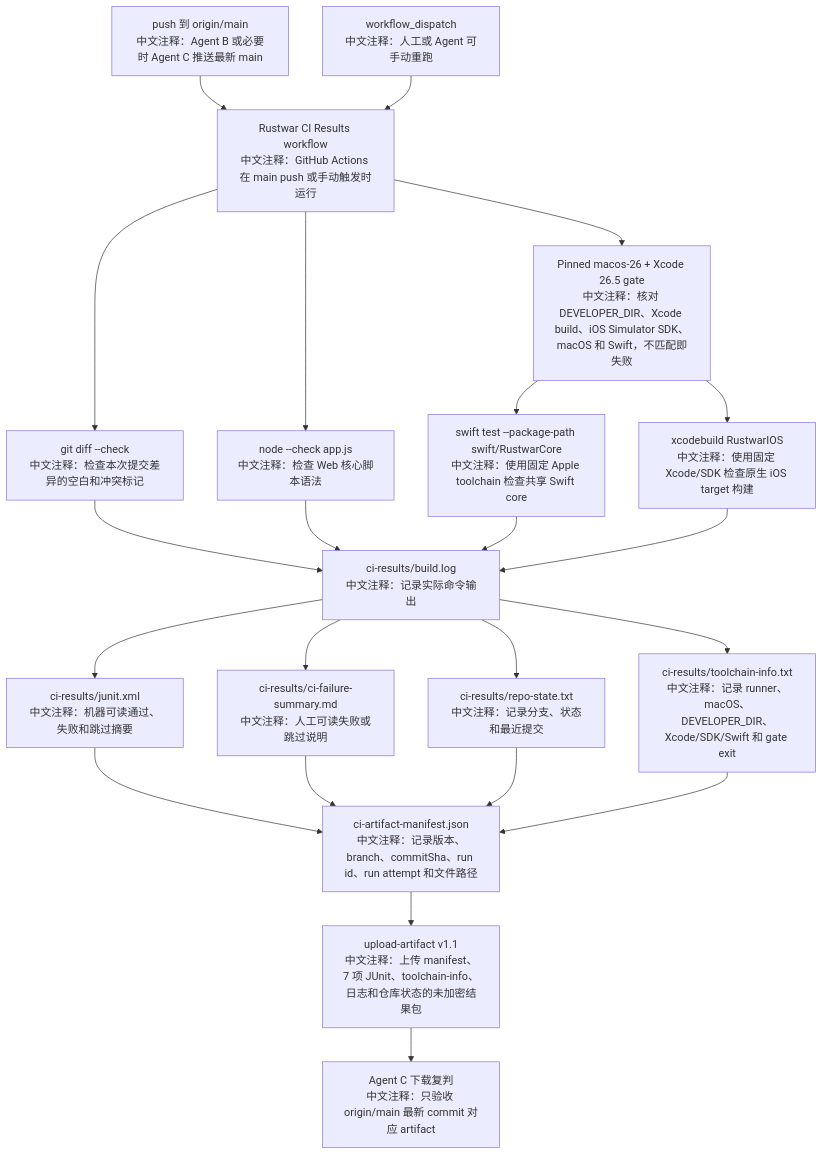
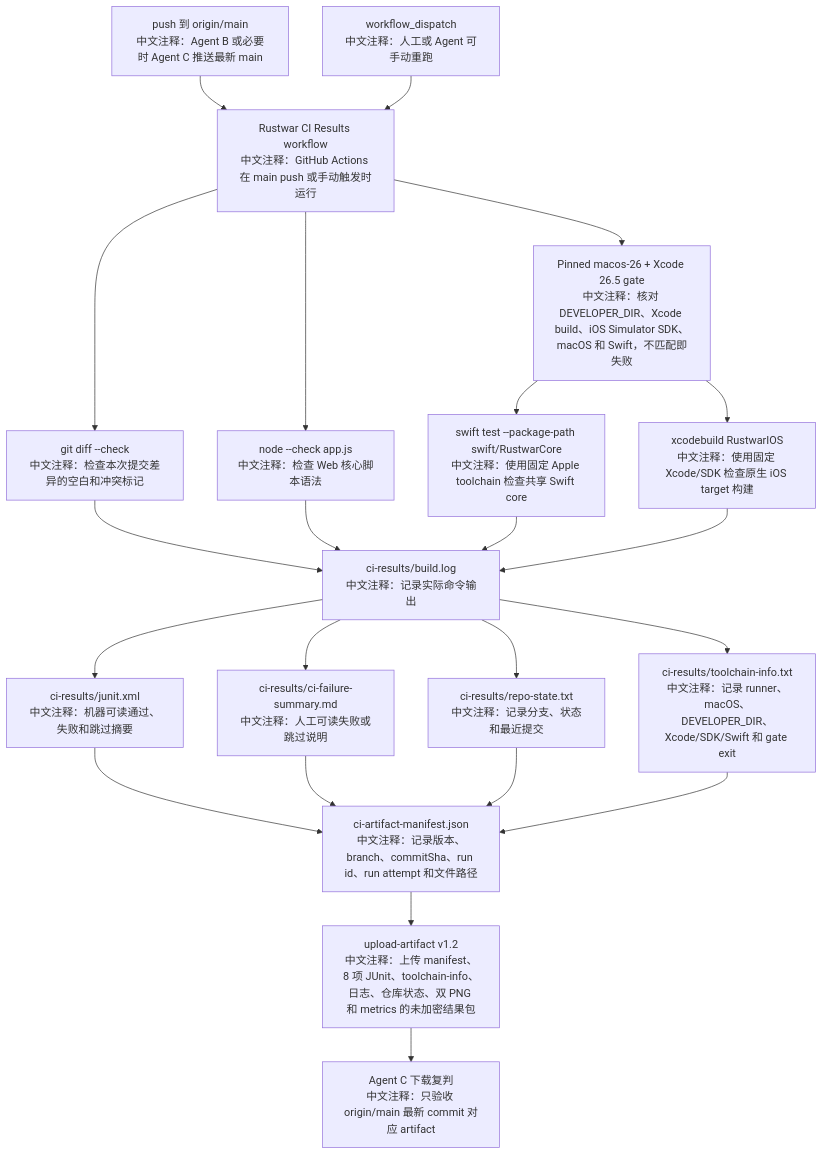
Before and after one commit to Altman-sam114/120: the fifth of 19 diagrams in md/flow/flowchart.md, drawn with Mermaid. The commit also changed other lines of this file and 9 other files, not shown here.

````diff
--- a/md/flow/flowchart.md
+++ b/md/flow/flowchart.md
@@ -202,24 +202,24 @@
 ```mermaid
 flowchart TD
   P["push 到 origin/main<br/>中文注释：Agent B 或必要时 Agent C 推送最新 main"] --> W["Rustwar CI Results workflow<br/>中文注释：GitHub Actions 在 main push 或手动触发时运行"]
   M["workflow_dispatch<br/>中文注释：人工或 Agent 可手动重跑"] --> W
   W --> TC["Pinned macos-26 + Xcode 26.5 gate<br/>中文注释：核对 DEVELOPER_DIR、Xcode build、iOS Simulator SDK、macOS 和 Swift，不匹配即失败"]
   W --> D["git diff --check<br/>中文注释：检查本次提交差异的空白和冲突标记"]
   W --> N["node --check app.js<br/>中文注释：检查 Web 核心脚本语法"]
   TC --> SW["swift test --package-path swift/RustwarCore<br/>中文注释：使用固定 Apple toolchain 检查共享 Swift core"]
   TC --> XB["xcodebuild RustwarIOS<br/>中文注释：使用固定 Xcode/SDK 检查原生 iOS target 构建"]
   D --> L["ci-results/build.log<br/>中文注释：记录实际命令输出"]
   N --> L
   SW --> L
   XB --> L
   L --> J["ci-results/junit.xml<br/>中文注释：机器可读通过、失败和跳过摘要"]
   L --> F["ci-results/ci-failure-summary.md<br/>中文注释：人工可读失败或跳过说明"]
   L --> S["ci-results/repo-state.txt<br/>中文注释：记录分支、状态和最近提交"]
   L --> T["ci-results/toolchain-info.txt<br/>中文注释：记录 runner、macOS、DEVELOPER_DIR、Xcode/SDK/Swift 和 gate exit"]
   J --> A["ci-artifact-manifest.json<br/>中文注释：记录版本、branch、commitSha、run id、run attempt 和文件路径"]
   F --> A
   S --> A
   T --> A
-  A --> U["upload-artifact v1.1<br/>中文注释：上传 manifest、7 项 JUnit、toolchain-info、日志和仓库状态的未加密结果包"]
+  A --> U["upload-artifact v1.2<br/>中文注释：上传 manifest、8 项 JUnit、toolchain-info、日志、仓库状态、双 PNG 和 metrics 的未加密结果包"]
   U --> C["Agent C 下载复判<br/>中文注释：只验收 origin/main 最新 commit 对应 artifact"]
 ```
````
